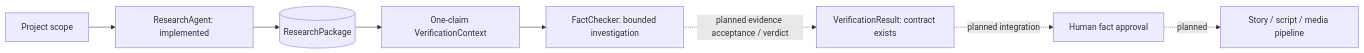
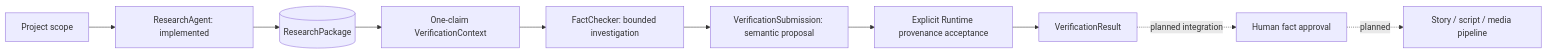
The first of 3 diagrams in README.md (hailincai/agentic-history-studio), drawn with Mermaid before and after one commit. The commit also changed other lines of this file and 8 other files, not shown here.

Commit message:
feat: add canonical verification evidence finalization

````diff
--- a/README.md
+++ b/README.md
@@ -11,10 +11,12 @@
 ```mermaid
 flowchart LR
     Scope[Project scope] --> Research[ResearchAgent: implemented]
     Research --> Package[(ResearchPackage)]
     Package --> Context[One-claim VerificationContext]
     Context --> Checker[FactChecker: bounded investigation]
-    Checker -. planned evidence acceptance / verdict .-> Result[VerificationResult: contract exists]
+    Checker --> Submission[VerificationSubmission: semantic proposal]
+    Submission --> Acceptance[Explicit Runtime provenance acceptance]
+    Acceptance --> Result[VerificationResult]
     Result -. planned integration .-> Human[Human fact approval]
     Human -. planned .-> Downstream[Story / script / media pipeline]
 ```
````
